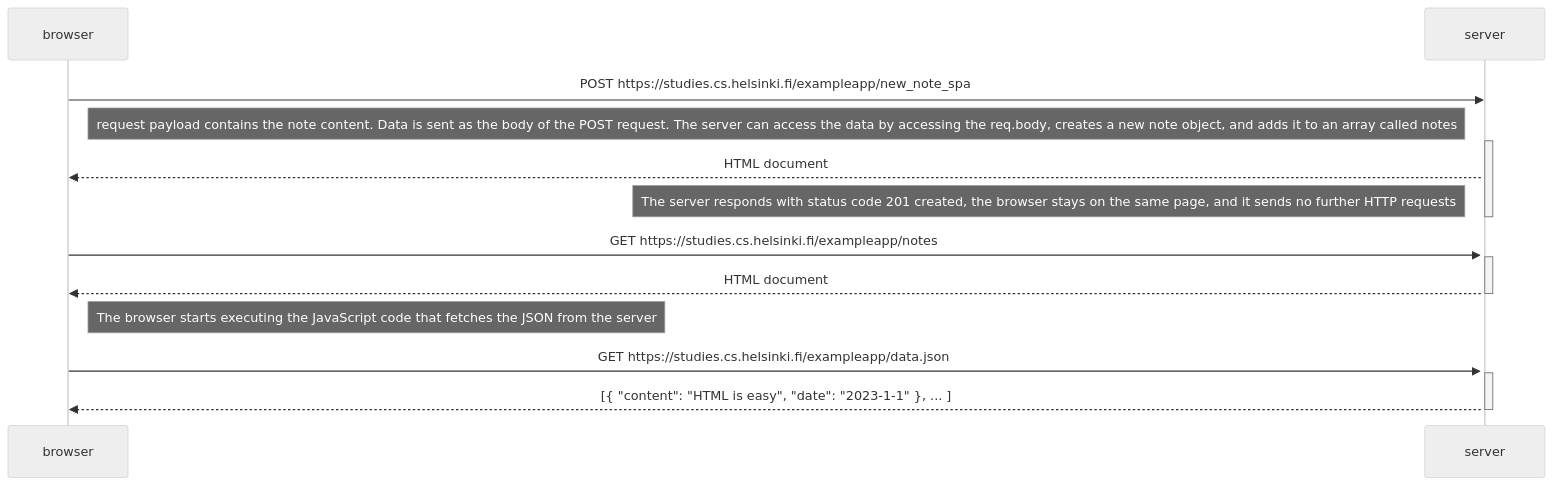
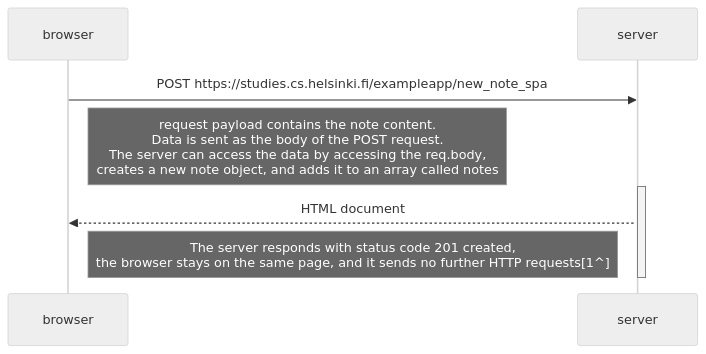
Before and after one commit to dan-zu/fullstackopen-sub: the diagram in part0/NewNoteSinglePageAppDiagram.md, drawn with Mermaid (neutral theme).

Commit message:
Enhance note details in NewNoteSinglePageAppDiagram
Updated notes on request payload and server response details to include HTML line breaks for better readability.

````diff
--- a/part0/NewNoteSinglePageAppDiagram.md
+++ b/part0/NewNoteSinglePageAppDiagram.md
@@ -1,27 +1,15 @@
 ```mermaid
 sequenceDiagram
 
     participant browser
     participant server
 
     browser->>server: POST https://studies.cs.helsinki.fi/exampleapp/new_note_spa
     activate server
-    Note right of browser: request payload contains the note content. Data is sent as the body of the POST request. The server can access the data by accessing the req.body, creates a new note object, and adds it to an array called notes
+    Note right of browser: request payload contains the note content.<br/> Data is sent as the body of the POST request.<br/> The server can access the data by accessing the req.body, <br/>creates a new note object, and adds it to an array called notes
     activate server
     server-->>browser: HTML document
-      Note left of server: The server responds with status code 201 created, the browser stays on the same page, and it sends no further HTTP requests
+    Note left of server: The server responds with status code 201 created, <br/>the browser stays on the same page, and it sends no further HTTP requests[1^]
     deactivate server
-
-
-    browser->>server: GET https://studies.cs.helsinki.fi/exampleapp/notes
-    activate server
-    server-->>browser: HTML document
-    deactivate server
-
-    Note right of browser: The browser starts executing the JavaScript code that fetches the JSON from the server
-
-    browser->>server: GET https://studies.cs.helsinki.fi/exampleapp/data.json
-    activate server
-    server-->>browser: [{ "content": "HTML is easy", "date": "2023-1-1" }, ... ]
-    deactivate server
+    
 ```
````
